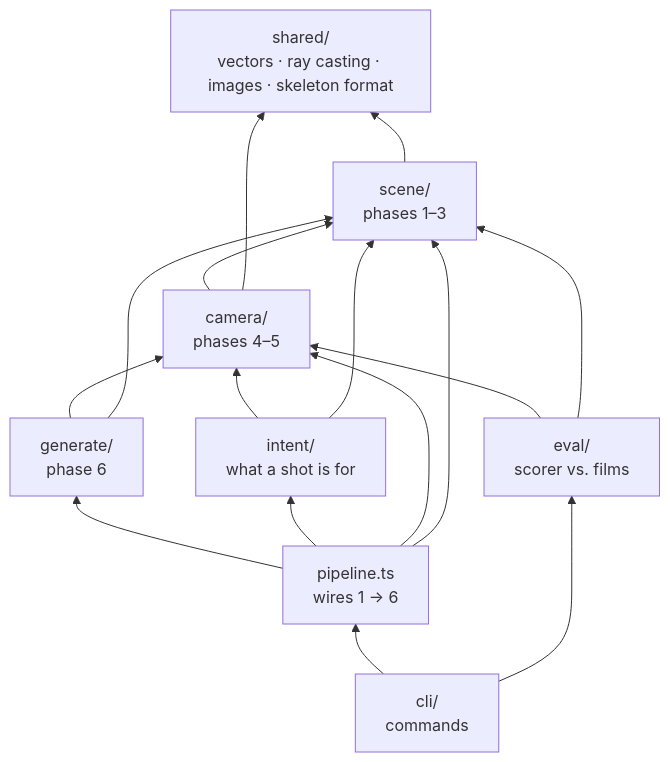
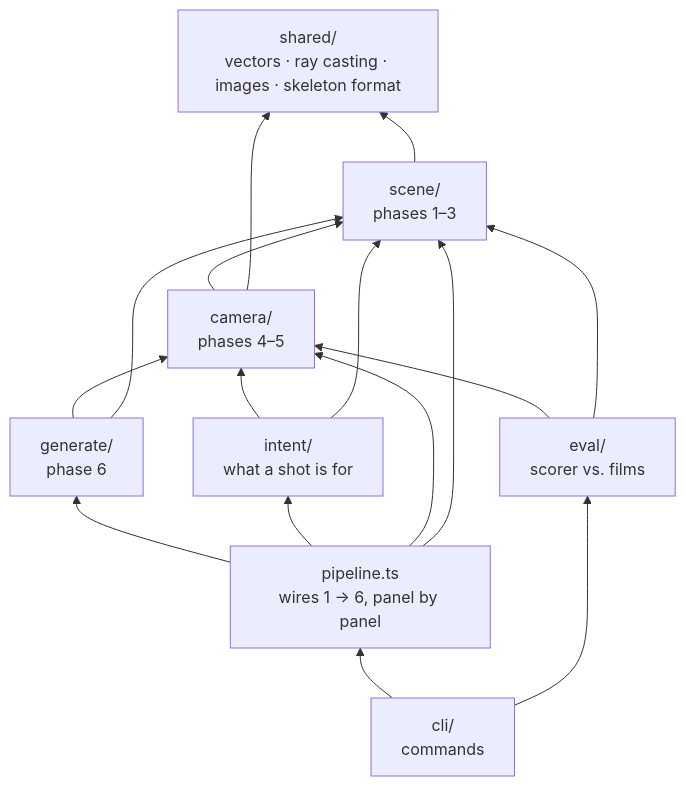
The second of 2 diagrams in README.md (TaihouKai/FrameSeeker), drawn with Mermaid before and after one commit. The commit also changed other lines of this file and 24 other files, not shown here.

````diff
--- a/README.md
+++ b/README.md
@@ -190,26 +424,26 @@
 ```mermaid
 flowchart BT
   shared["shared/<br/>vectors · ray casting · images · skeleton format"]
   scene["scene/<br/>phases 1–3"]
   camera["camera/<br/>phases 4–5"]
   intent["intent/<br/>what a shot is for"]
   generate["generate/<br/>phase 6"]
   evalm["eval/<br/>scorer vs. films"]
-  pipeline["pipeline.ts<br/>wires 1 → 6"]
+  pipeline["pipeline.ts<br/>wires 1 → 6, panel by panel"]
   cli["cli/<br/>commands"]
   scene --> shared
   camera --> scene
   camera --> shared
   intent --> camera
   intent --> scene
   generate --> camera
   generate --> scene
   evalm --> camera
   evalm --> scene
   pipeline --> generate
   pipeline --> intent
   pipeline --> camera
   pipeline --> scene
   cli --> pipeline
   cli --> evalm
 ```
````
